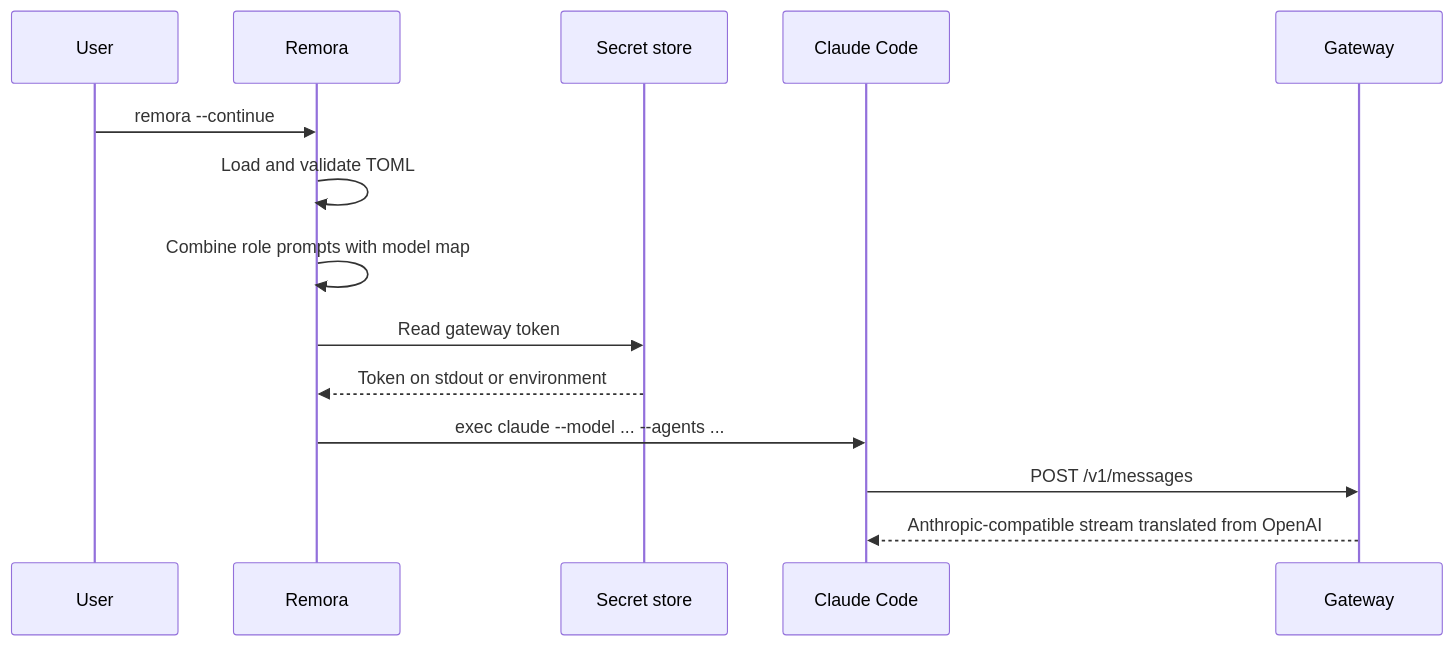
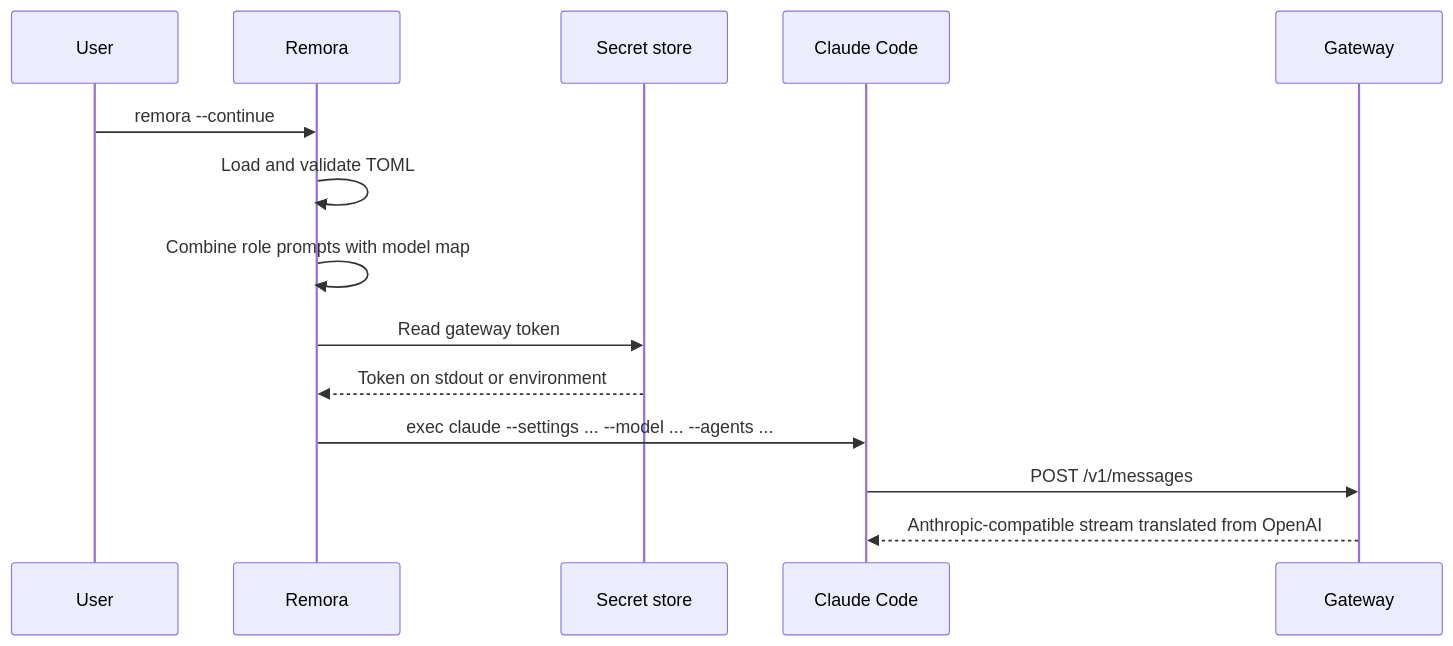
One commit to Lettyphysical992/remora-cc changed the second of 2 diagrams in docs/architecture.md. Above: the diagram before and after it, drawn with Mermaid. The commit also changed other lines of this file and 8 other files, not shown here.

````diff
--- a/docs/architecture.md
+++ b/docs/architecture.md
@@ -34,17 +37,17 @@
 ```mermaid
 sequenceDiagram
     participant U as User
     participant R as Remora
     participant S as Secret store
     participant C as Claude Code
     participant G as Gateway
 
     U->>R: remora --continue
     R->>R: Load and validate TOML
     R->>R: Combine role prompts with model map
     R->>S: Read gateway token
     S-->>R: Token on stdout or environment
-    R->>C: exec claude --model ... --agents ...
+    R->>C: exec claude --settings ... --model ... --agents ...
     C->>G: POST /v1/messages
     G-->>C: Anthropic-compatible stream translated from OpenAI
 ```
````
